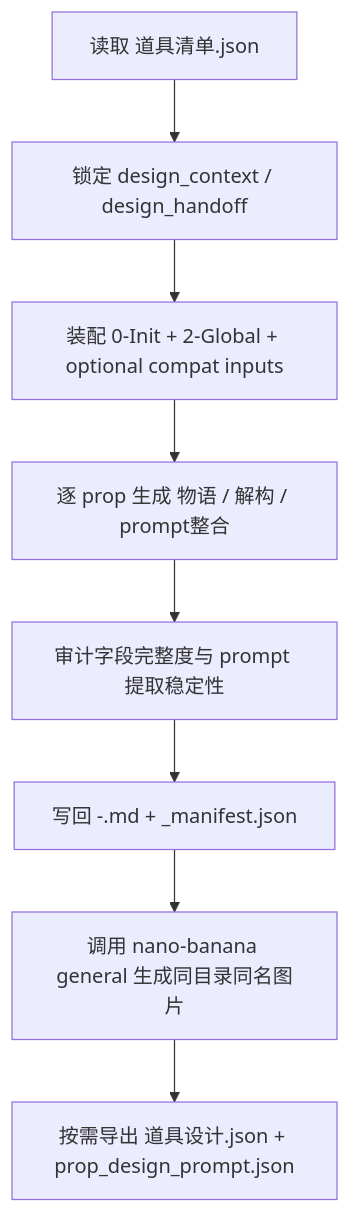
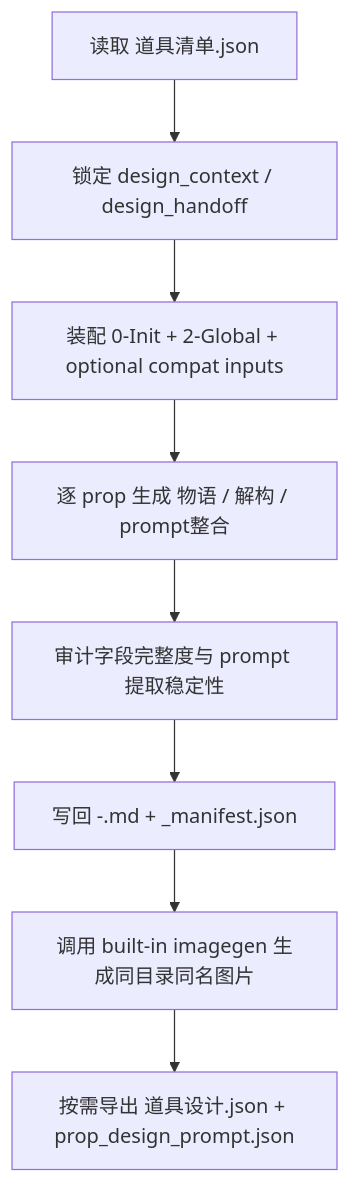
One commit to ZEN-VOID/AI-CUT changed the first of 3 diagrams in .agents/skills/aigc/4-Design/2-设计/道具/SKILL.md. Above: the diagram before and after it, drawn with Mermaid. The commit also changed other lines of this file and 59 other files, not shown here.

````diff
--- a/.agents/skills/aigc/4-Design/2-设计/道具/SKILL.md
+++ b/.agents/skills/aigc/4-Design/2-设计/道具/SKILL.md
@@ -114,10 +114,10 @@
 ```mermaid
 flowchart TD
     A["读取 道具清单.json"] --> B["锁定 design_context / design_handoff"]
     B --> C["装配 0-Init + 2-Global + optional compat inputs"]
     C --> D["逐 prop 生成 物语 / 解构 / prompt整合"]
     D --> E["审计字段完整度与 prompt 提取稳定性"]
     E --> F["写回 <prop_id>-<canonical_name>.md + _manifest.json"]
-    F --> G["调用 nano-banana general 生成同目录同名图片"]
+    F --> G["调用 built-in imagegen 生成同目录同名图片"]
     G --> H["按需导出 道具设计.json + prop_design_prompt.json"]
 ```
````
